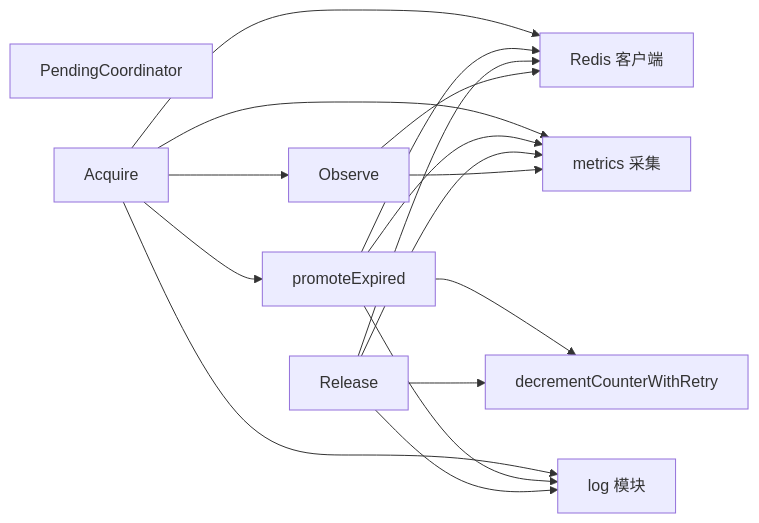
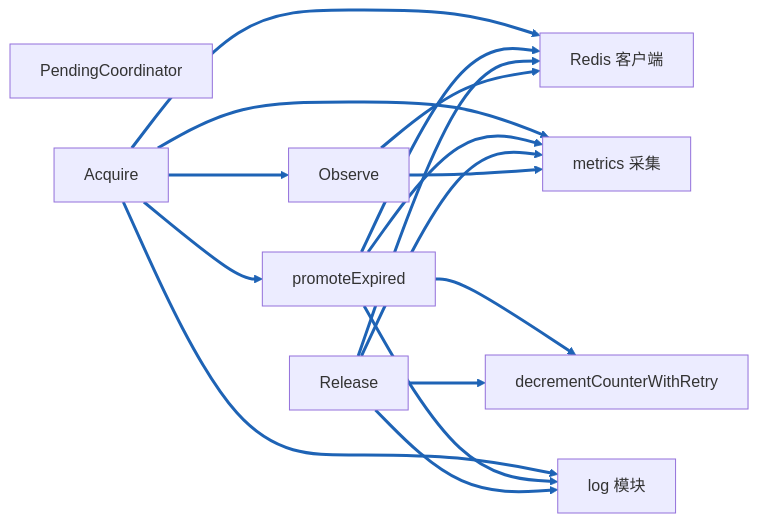
Before and after one commit to maxiaolu197102/cdmp-mini: the tenth of 11 diagrams in doc/create_api_analysis.md, drawn with Mermaid. The commit also changed other lines of this file and 32 other files, not shown here.

````diff
--- a/doc/create_api_analysis.md
+++ b/doc/create_api_analysis.md
@@ -393,31 +470,34 @@
 ```mermaid
+%%{init: {'themeVariables': {'lineColor': '#1E63B5', 'flowchartLinkColor': '#1E63B5', 'lineWidth': 3}}}%%
 graph LR
     PC[PendingCoordinator]
     ACQ[Acquire]
     OBS[Observe]
     PROM[promoteExpired]
     REL[Release]
     DEC[decrementCounterWithRetry]
     METR[metrics 采集]
     LOG[log 模块]
     REDIS[Redis 客户端]
 
     ACQ --> OBS
     ACQ --> PROM
     ACQ --> METR
     ACQ --> LOG
     ACQ --> REDIS
 
     PROM --> DEC
     PROM --> METR
     PROM --> LOG
     PROM --> REDIS
 
     REL --> DEC
     REL --> METR
     REL --> LOG
     REL --> REDIS
 
     OBS --> REDIS
     OBS --> METR
+
+    linkStyle default stroke:#1E63B5,stroke-width:3px
 ```
````
